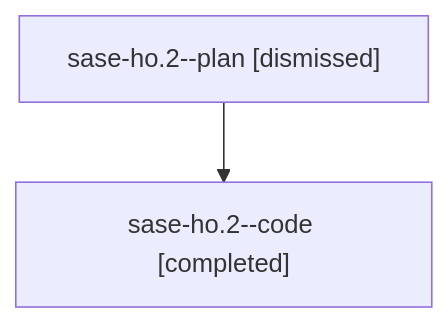
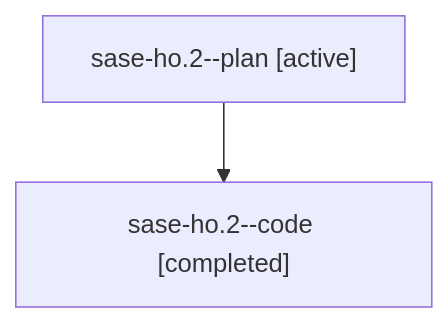
One commit to sase-org/sase--agents changed the diagram in families/bbugyi200.athena.sase-ho.2.md. Above: the diagram before and after it, drawn with Mermaid. The commit also changed other lines of this file and 35830 other files, not shown here.

````diff
--- a/families/bbugyi200.athena.sase-ho.2.md
+++ b/families/bbugyi200.athena.sase-ho.2.md
@@ -9,6 +9,6 @@
 ```mermaid
 flowchart TD
-  n0["sase-ho.2--plan [dismissed]"]
+  n0["sase-ho.2--plan [active]"]
   n1["sase-ho.2--code [completed]"]
   n0 --> n1
 ```
````
